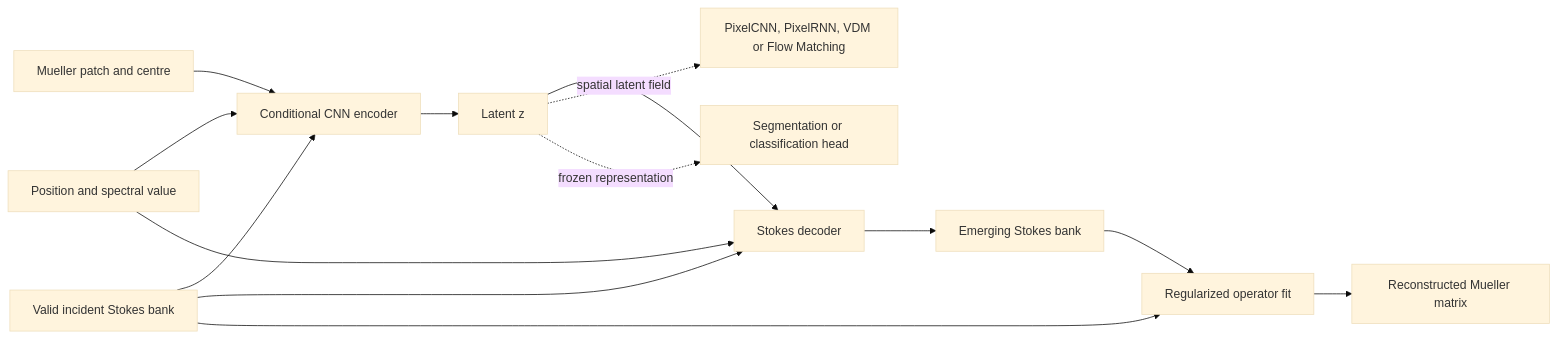
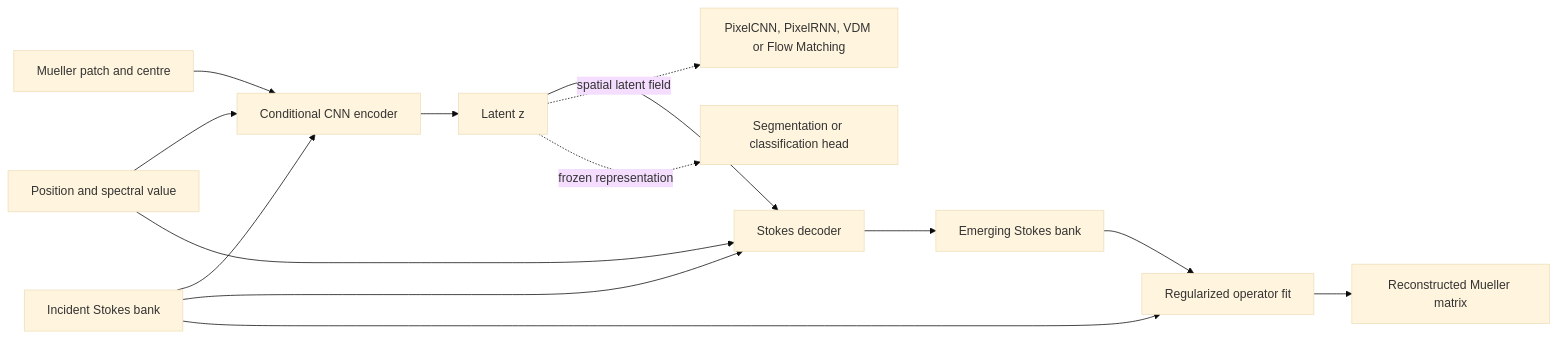
One commit to ayouboa30/Stokes-Aware-Mueller-Generator changed the diagram in README.md. Above: the diagram before and after it, drawn with Mermaid (base theme). The commit also changed other lines of this file and 14 other files, not shown here.

````diff
--- a/README.md
+++ b/README.md
@@ -38,16 +168,16 @@
 ```mermaid
 flowchart LR
     M[Mueller patch and centre] --> E[Conditional CNN encoder]
     C[Position and spectral value] --> E
-    B[Valid incident Stokes bank] --> E
+    B[Incident Stokes bank] --> E
     E --> Z[Latent z]
     Z --> D[Stokes decoder]
     B --> D
     C --> D
     D --> Y[Emerging Stokes bank]
     Y --> R[Regularized operator fit]
     B --> R
     R --> MH[Reconstructed Mueller matrix]
     Z -. spatial latent field .-> G[PixelCNN, PixelRNN, VDM or Flow Matching]
     Z -. frozen representation .-> T[Segmentation or classification head]
 ```
````
